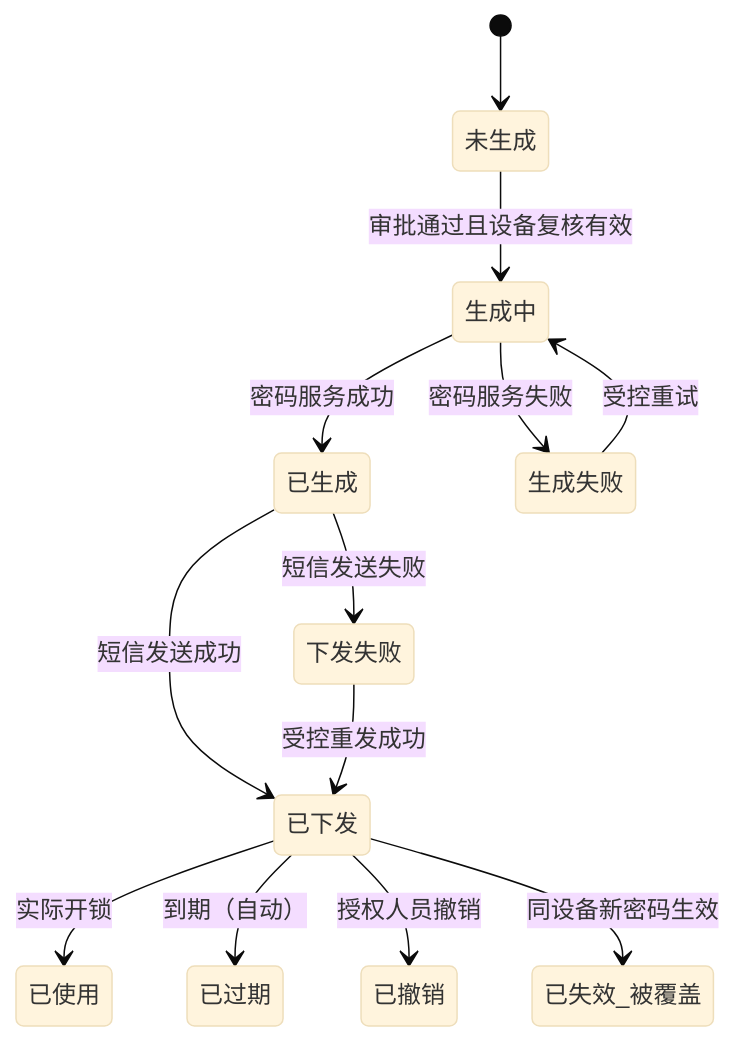
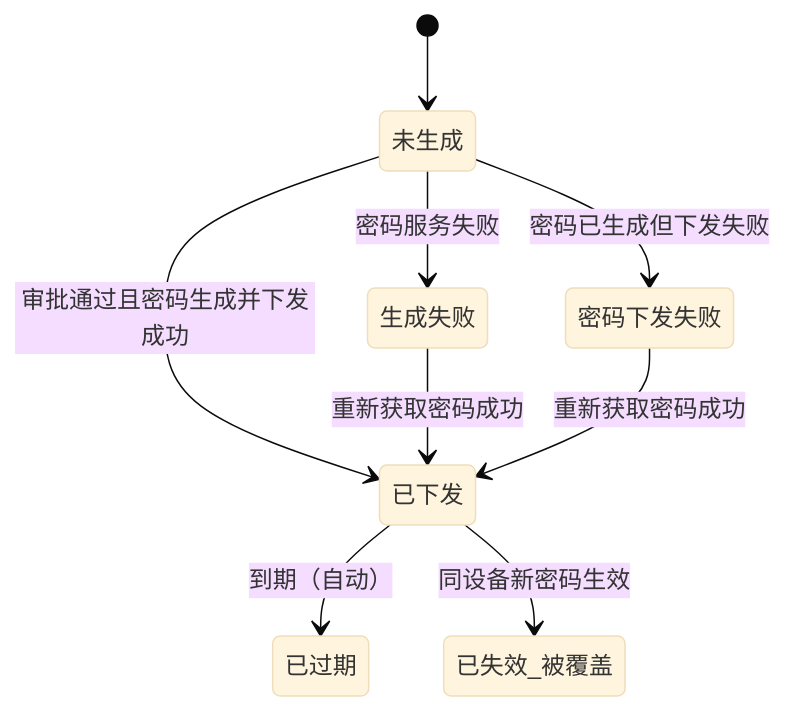
One commit to RobertHuang999/SYZC changed the third of 3 diagrams in 02-PRD文档/B-迭代需求/6.2版本（2026.08）/07-审批中心/03-业务审批/04-我的申请管理/04-开锁审批/开锁申请业务规则规格.md. Above: the diagram before and after it, drawn with Mermaid (base theme). The commit also changed other lines of this file and 146 other files, not shown here.

````diff
--- a/02-PRD文档/B-迭代需求/6.2版本（2026.08）/07-审批中心/03-业务审批/04-我的申请管理/04-开锁审批/开锁申请业务规则规格.md
+++ b/02-PRD文档/B-迭代需求/6.2版本（2026.08）/07-审批中心/03-业务审批/04-我的申请管理/04-开锁审批/开锁申请业务规则规格.md
@@ -226,15 +226,11 @@
 ```mermaid
 stateDiagram-v2
     [*] --> 未生成
-    未生成 --> 生成中 : 审批通过且设备复核有效
-    生成中 --> 已生成 : 密码服务成功
-    生成中 --> 生成失败 : 密码服务失败
-    已生成 --> 已下发 : 短信发送成功
-    已生成 --> 下发失败 : 短信发送失败
-    下发失败 --> 已下发 : 受控重发成功
-    已下发 --> 已使用 : 实际开锁
+    未生成 --> 已下发 : 审批通过且密码生成并下发成功
+    未生成 --> 生成失败 : 密码服务失败
+    未生成 --> 密码下发失败 : 密码已生成但下发失败
+    生成失败 --> 已下发 : 重新获取密码成功
+    密码下发失败 --> 已下发 : 重新获取密码成功
     已下发 --> 已过期 : 到期（自动）
-    已下发 --> 已撤销 : 授权人员撤销
     已下发 --> 已失效_被覆盖 : 同设备新密码生效
-    生成失败 --> 生成中 : 受控重试
 ```
````
